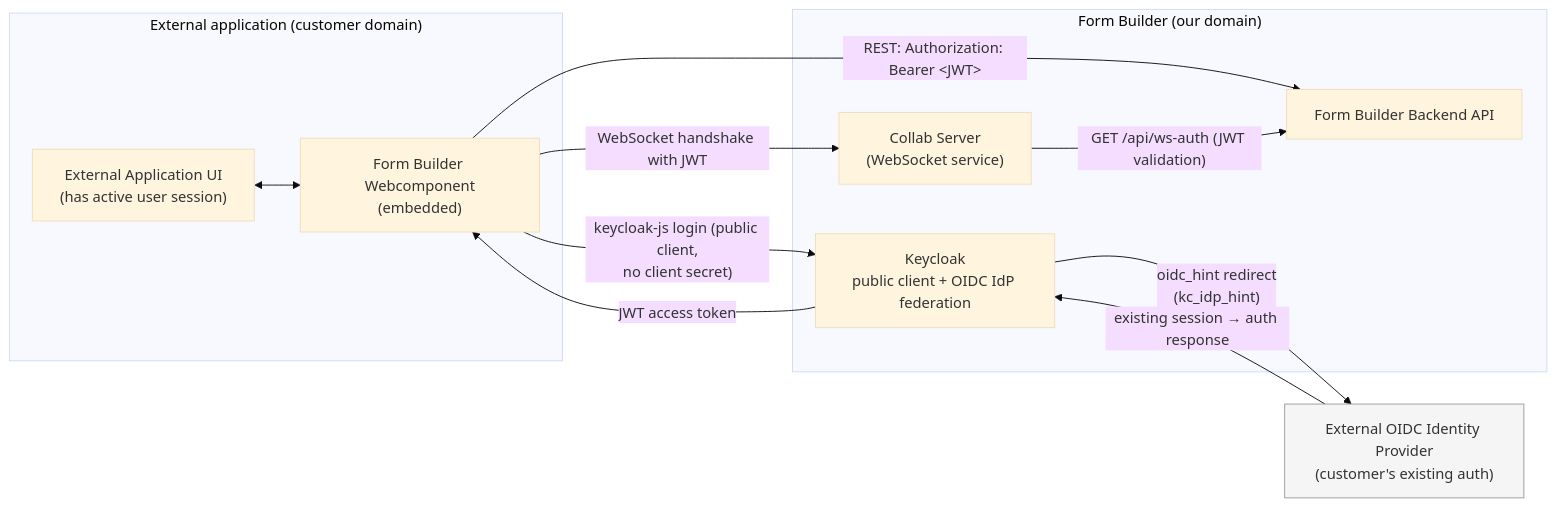
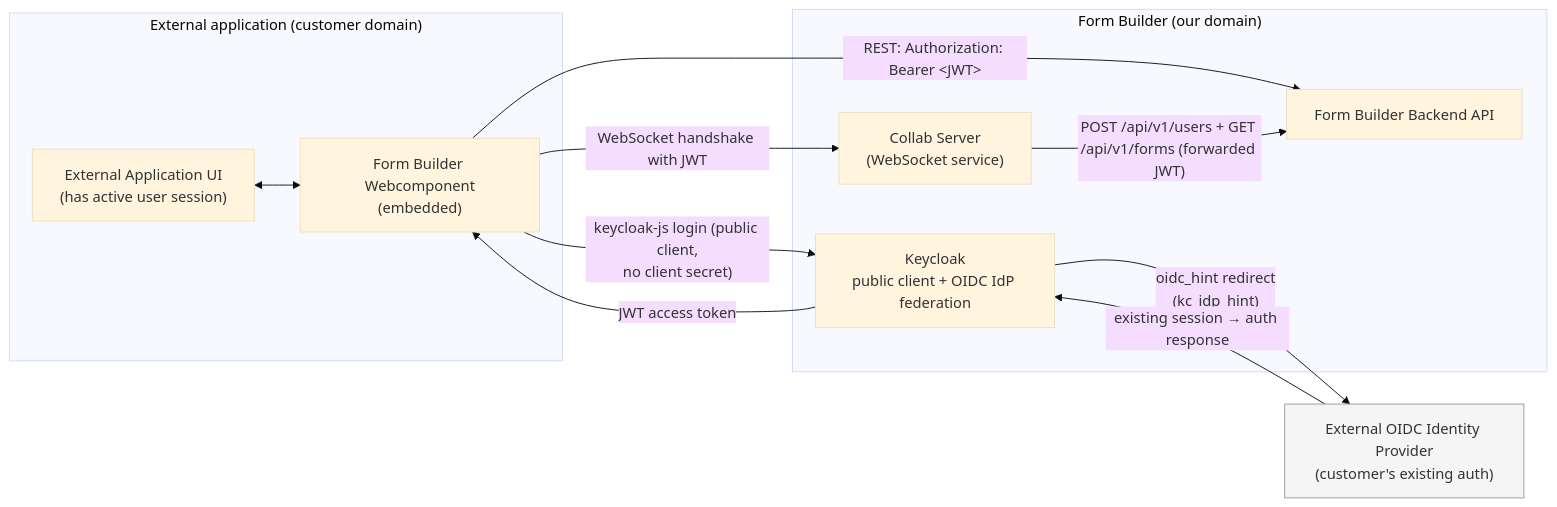
The first of 4 diagrams in apps/json-forms-builder/docs/auth/README.md (educorvi/vue-json-form), drawn with Mermaid (base theme) before and after one commit. The commit also changed other lines of this file and 56 other files, not shown here.

````diff
--- a/apps/json-forms-builder/docs/auth/README.md
+++ b/apps/json-forms-builder/docs/auth/README.md
@@ -27,26 +27,26 @@
 ```mermaid
 flowchart LR
     subgraph ExtApp["External application (customer domain)"]
         UI["External Application UI<br/>(has active user session)"]
         WC["Form Builder Webcomponent<br/>(embedded)"]
         UI <--> WC
     end
 
     subgraph FB["Form Builder (our domain)"]
         KC["Keycloak<br/>public client + OIDC IdP federation"]
         API["Form Builder Backend API"]
         WS["Collab Server<br/>(WebSocket service)"]
     end
 
     IDP["External OIDC Identity Provider<br/>(customer's existing auth)"]
 
     WC -- "keycloak-js login (public client,<br/>no client secret)" --> KC
     KC -- "oidc_hint redirect<br/>(kc_idp_hint)" --> IDP
     IDP -- "existing session → auth response" --> KC
     KC -- "JWT access token" --> WC
     WC -- "REST: Authorization: Bearer &lt;JWT&gt;" --> API
     WC -- "WebSocket handshake with JWT" --> WS
-    WS -- "GET /api/ws-auth (JWT validation)" --> API
+    WS -- "POST /api/v1/users + GET /api/v1/forms (forwarded JWT)" --> API
 
     style IDP fill:#f5f5f5,stroke:#999
 ```
````
